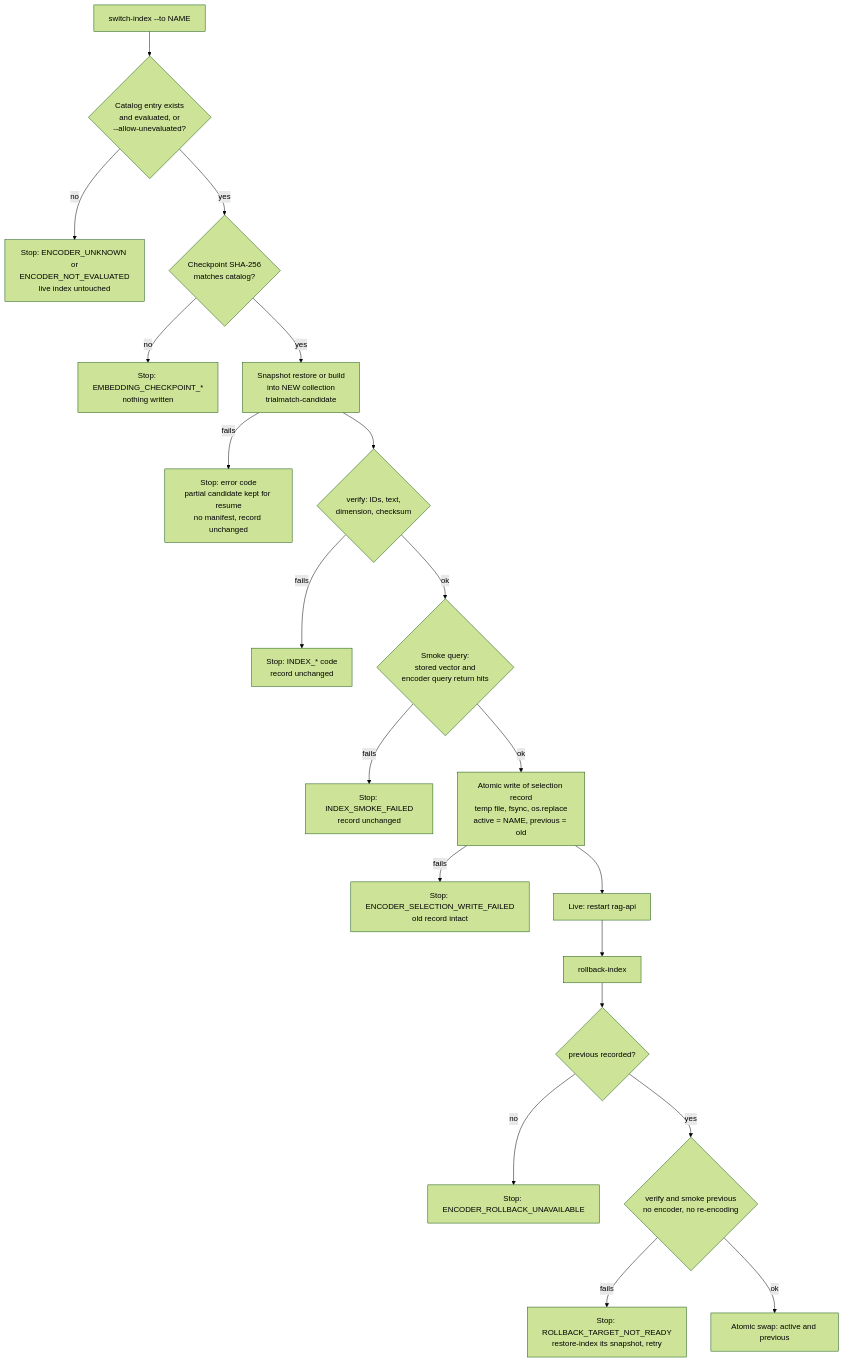
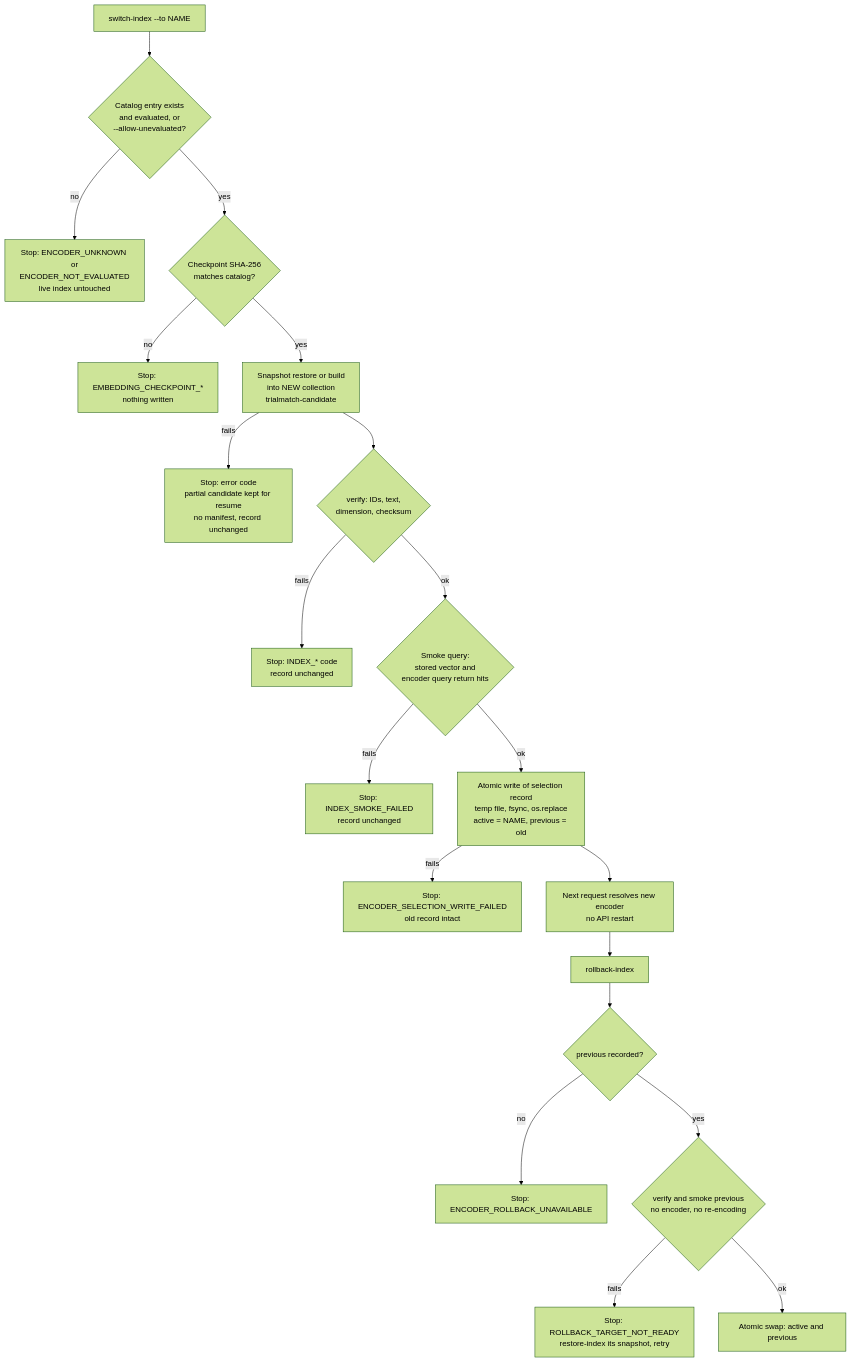
One commit to liujiaxi0301/TrialMatch changed the diagram in docs/ms4/EMBEDDING_INDEX.md. Above: the diagram before and after it, drawn with Mermaid (forest theme). The commit also changed other lines of this file and 21 other files, not shown here.

Commit message:
Fix screening API errors and active-encoder lifecycle

````diff
--- a/docs/ms4/EMBEDDING_INDEX.md
+++ b/docs/ms4/EMBEDDING_INDEX.md
@@ -220,22 +226,22 @@
 ```mermaid
 flowchart TD
     S0["switch-index --to NAME"] --> S1{"Catalog entry exists<br/>and evaluated, or<br/>--allow-unevaluated?"}
     S1 -- no --> F1["Stop: ENCODER_UNKNOWN or<br/>ENCODER_NOT_EVALUATED<br/>live index untouched"]
     S1 -- yes --> S2{"Checkpoint SHA-256<br/>matches catalog?"}
     S2 -- no --> F2["Stop: EMBEDDING_CHECKPOINT_*<br/>nothing written"]
     S2 -- yes --> S3["Snapshot restore or build<br/>into NEW collection<br/>trialmatch-candidate"]
     S3 -- fails --> F3["Stop: error code<br/>partial candidate kept for resume<br/>no manifest, record unchanged"]
     S3 --> S4{"verify: IDs, text,<br/>dimension, checksum"}
     S4 -- fails --> F4["Stop: INDEX_* code<br/>record unchanged"]
     S4 -- ok --> S5{"Smoke query:<br/>stored vector and<br/>encoder query return hits"}
     S5 -- fails --> F5["Stop: INDEX_SMOKE_FAILED<br/>record unchanged"]
     S5 -- ok --> S6["Atomic write of selection record<br/>temp file, fsync, os.replace<br/>active = NAME, previous = old"]
     S6 -- fails --> F6["Stop: ENCODER_SELECTION_WRITE_FAILED<br/>old record intact"]
-    S6 --> L["Live: restart rag-api"]
+    S6 --> L["Next request resolves new encoder<br/>no API restart"]
     L --> R0["rollback-index"]
     R0 --> R1{"previous recorded?"}
     R1 -- no --> F7["Stop: ENCODER_ROLLBACK_UNAVAILABLE"]
     R1 -- yes --> R2{"verify and smoke previous<br/>no encoder, no re-encoding"}
     R2 -- fails --> F8["Stop: ROLLBACK_TARGET_NOT_READY<br/>restore-index its snapshot, retry"]
     R2 -- ok --> R3["Atomic swap: active and previous"]
 ```
````
